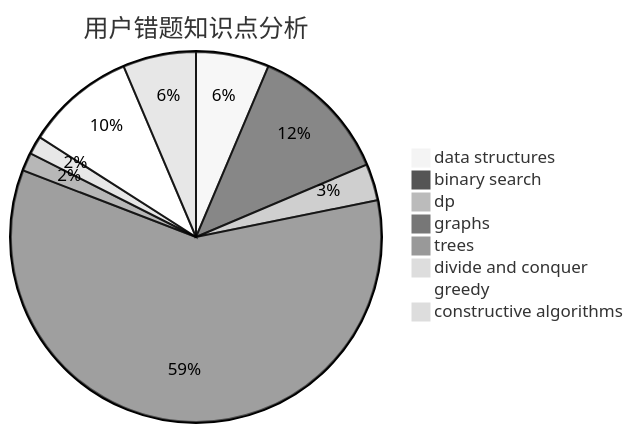
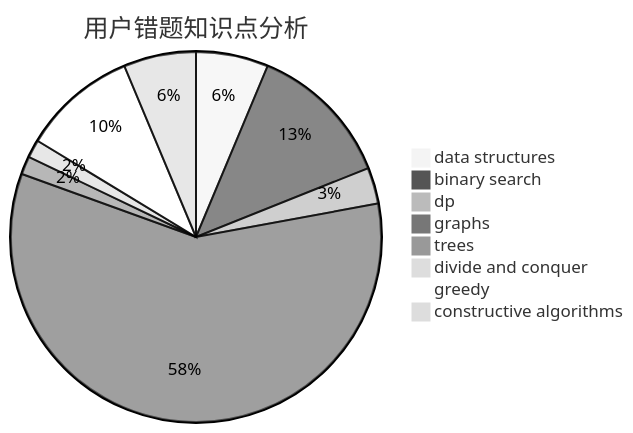
Before and after one commit to sherpahu/cfrs.github.io: the third of 3 diagrams in docs/user/u1233.md, drawn with Mermaid (neutral theme). The commit also changed other lines of this file and 2770 other files, not shown here.

````diff
--- a/docs/user/u1233.md
+++ b/docs/user/u1233.md
@@ -36,11 +36,11 @@
 ```mermaid
 pie title 用户错题知识点分析
     "data structures" :  12
-    "binary search" :  23
+    "binary search" :  24
     "dp" :  6
     "graphs" :  111
     "trees" :  3
     "divide and conquer" :  3
-    "greedy" :  18
+    "greedy" :  19
     "constructive algorithms" :  12
 ```
````
